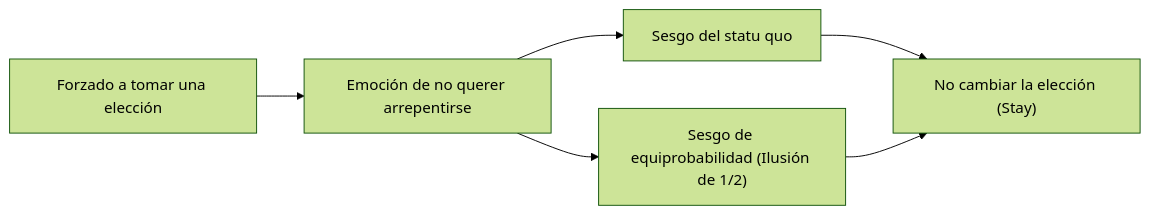
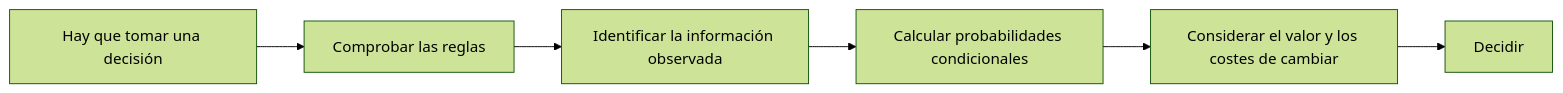
The second of 2 diagrams in content/post/paradox-monty-hall-problem/index.es.md (kenjinote/blog), drawn with Mermaid (forest theme) before and after one commit. The commit also changed other lines of this file and 8 other files, not shown here.

````diff
--- a/content/post/paradox-monty-hall-problem/index.es.md
+++ b/content/post/paradox-monty-hall-problem/index.es.md
@@ -187,8 +164,8 @@
 ```mermaid
 flowchart LR
-    Situation["Forzado a tomar una elección"] --> Feeling["Emoción de no querer arrepentirse"]
-    Feeling --> Bias1["Sesgo del statu quo"]
-    Feeling --> Bias2["Sesgo de equiprobabilidad (Ilusión de 1/2)"]
-    Bias1 --> Conclusion["No cambiar la elección (Stay)"]
-    Bias2 --> Conclusion
+    Situation["Hay que tomar una decisión"] --> Rules["Comprobar las reglas"]
+    Rules --> Observation["Identificar la información observada"]
+    Observation --> Posterior["Calcular probabilidades condicionales"]
+    Posterior --> Utility["Considerar el valor y los costes de cambiar"]
+    Utility --> Decision["Decidir"]
 ```
````
